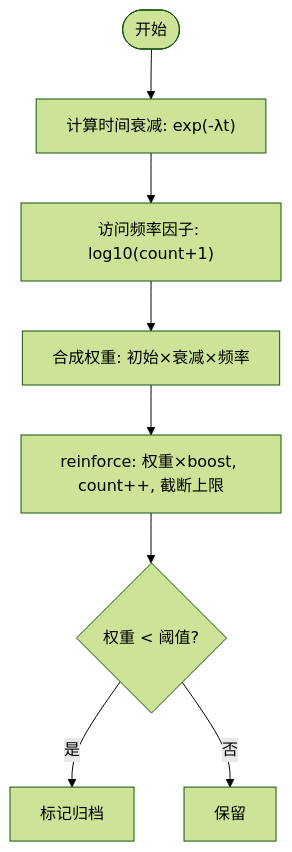
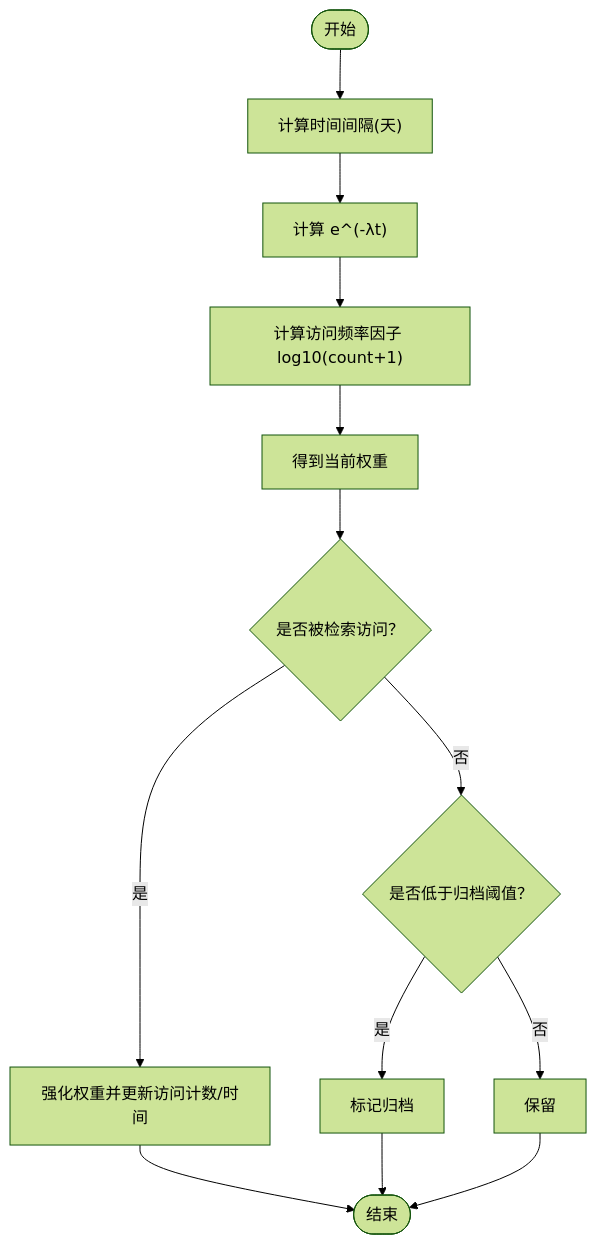
The seventh of 10 diagrams in .qoder/repowiki/zh/content/记忆管理层/记忆管理层.md (JieGaoPrinceton/NecoRAG), drawn with Mermaid (forest theme) before and after one commit. The commit also changed other lines of this file and 181 other files, not shown here.

````diff
--- a/.qoder/repowiki/zh/content/记忆管理层/记忆管理层.md
+++ b/.qoder/repowiki/zh/content/记忆管理层/记忆管理层.md
@@ -188,10 +259,15 @@
 ```mermaid
 flowchart TD
-S(["开始"]) --> Calc["计算时间衰减: exp(-λt)"]
-Calc --> Freq["访问频率因子: log10(count+1)"]
-Freq --> Combine["合成权重: 初始×衰减×频率"]
-Combine --> Reinforce["reinforce: 权重×boost, count++, 截断上限"]
-Reinforce --> Archive{"权重 < 阈值?"}
+Start(["开始"]) --> Calc["计算时间间隔(天)"]
+Calc --> Exp["计算 e^(-λt)"]
+Exp --> Freq["计算访问频率因子 log10(count+1)"]
+Freq --> Weight["得到当前权重"]
+Weight --> Reinforce{"是否被检索访问？"}
+Reinforce --> |是| Boost["强化权重并更新访问计数/时间"]
+Reinforce --> |否| Archive{"是否低于归档阈值？"}
 Archive --> |是| Mark["标记归档"]
 Archive --> |否| Keep["保留"]
+Boost --> End(["结束"])
+Mark --> End
+Keep --> End
 ```
````
